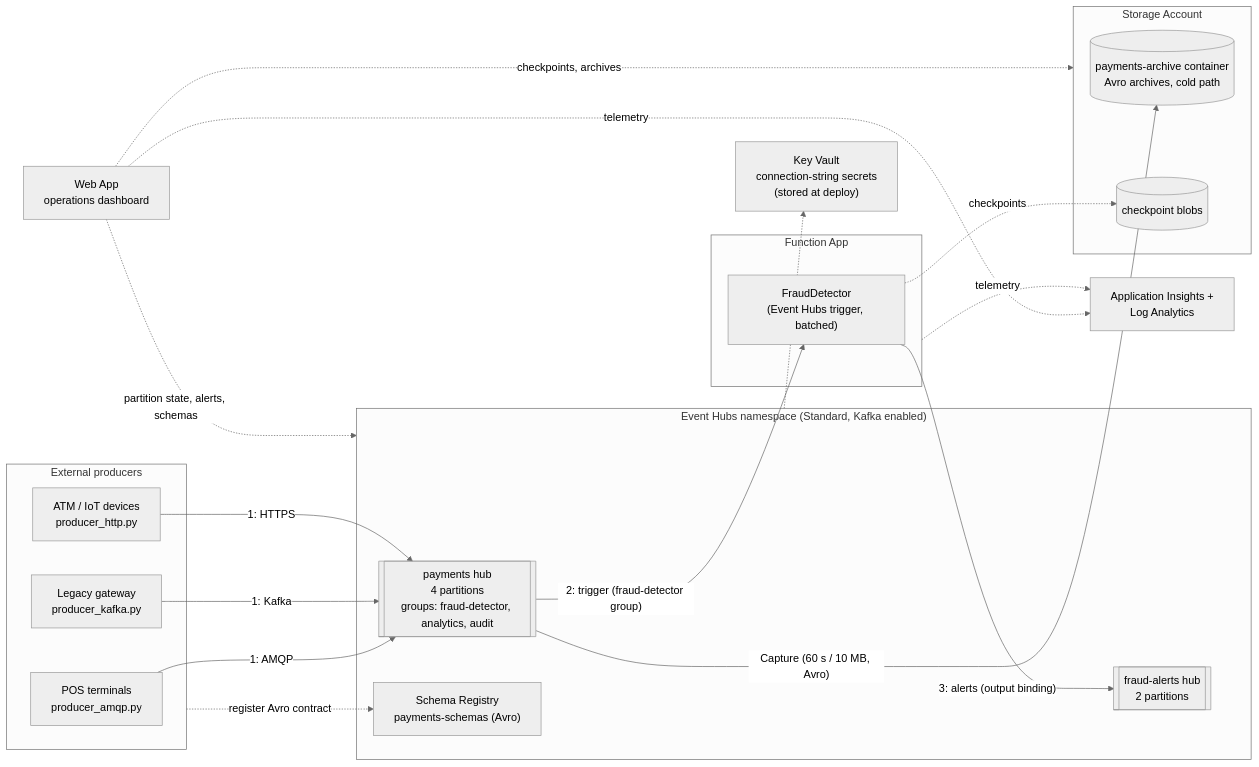
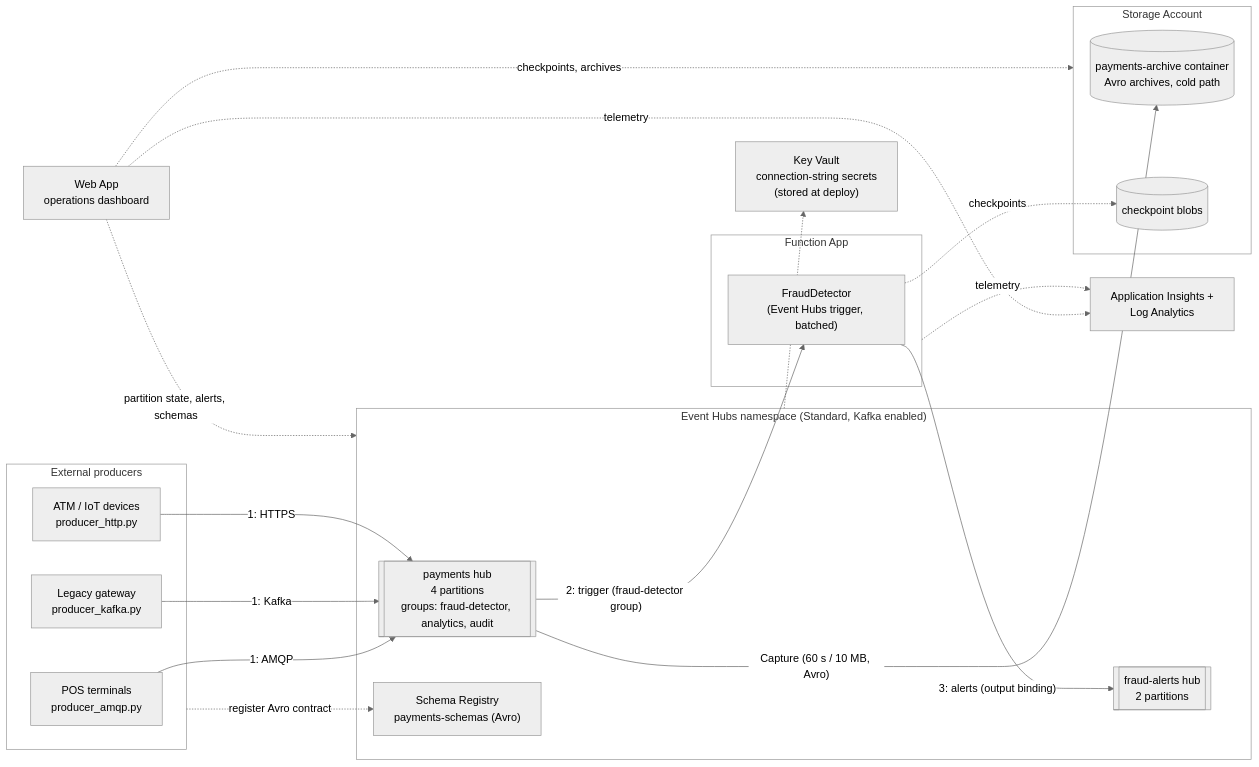
One commit to localstack/localstack-azure-samples changed the diagram in samples/eventhubs/python/README.md. Above: the diagram before and after it, drawn with Mermaid (neutral theme). The commit also changed 2 other files, not shown here.

Commit message:
Give the mermaid architecture diagrams white subgraph backgrounds (#115)
* Give the mermaid architecture diagrams white subgraph backgrounds

Mermaid's default theme fills subgraphs pale yellow. Style every subgraph
in the eventhubs, eventhubs-eventgrid and servicebus diagrams with a white
fill, gray border and dark title text, matching the white rounded
containers of the Visio-made architecture images.

* Lay out the eventhubs-eventgrid diagram top-to-bottom

The 7-step pipeline rendered as a ~6:1 wide ribbon in left-to-right
orientation, making labels unreadably small at page width. Top-to-bottom
gives a near-square aspect with full-size text, matching the vertical
flow of the original ASCII drawing.

---------

````diff
--- a/samples/eventhubs/python/README.md
+++ b/samples/eventhubs/python/README.md
@@ -15,43 +15,48 @@
 ```mermaid
 flowchart LR
     subgraph producers["External producers"]
         pos["POS terminals<br/>producer_amqp.py"]
         gateway["Legacy gateway<br/>producer_kafka.py"]
         atm["ATM / IoT devices<br/>producer_http.py"]
     end
 
     subgraph ehns["Event Hubs namespace (Standard, Kafka enabled)"]
         payments[["payments hub<br/>4 partitions<br/>groups: fraud-detector, analytics, audit"]]
         alerts[["fraud-alerts hub<br/>2 partitions"]]
         registry["Schema Registry<br/>payments-schemas (Avro)"]
     end
 
     subgraph funcapp["Function App"]
         detector["FraudDetector<br/>(Event Hubs trigger, batched)"]
     end
 
     subgraph storage["Storage Account"]
         archive[("payments-archive container<br/>Avro archives, cold path")]
         checkpoints[("checkpoint blobs")]
     end
 
     kv["Key Vault<br/>connection-string secrets<br/>(stored at deploy)"]
     dashboard["Web App<br/>operations dashboard"]
     monitor["Application Insights +<br/>Log Analytics"]
 
     pos -->|"1: AMQP"| payments
     gateway -->|"1: Kafka"| payments
     atm -->|"1: HTTPS"| payments
     producers -.->|"register Avro contract"| registry
 
     payments -->|"2: trigger (fraud-detector group)"| detector
     detector -->|"3: alerts (output binding)"| alerts
     detector -.->|"checkpoints"| checkpoints
     payments -->|"Capture (60 s / 10 MB, Avro)"| archive
 
     dashboard -.->|"partition state, alerts, schemas"| ehns
     dashboard -.->|"checkpoints, archives"| storage
     ehns -.-> kv
     funcapp -.->|"telemetry"| monitor
     dashboard -.->|"telemetry"| monitor
+
+    style producers fill:#ffffff,stroke:#999999,color:#333333
+    style ehns fill:#ffffff,stroke:#999999,color:#333333
+    style funcapp fill:#ffffff,stroke:#999999,color:#333333
+    style storage fill:#ffffff,stroke:#999999,color:#333333
 ```
````
